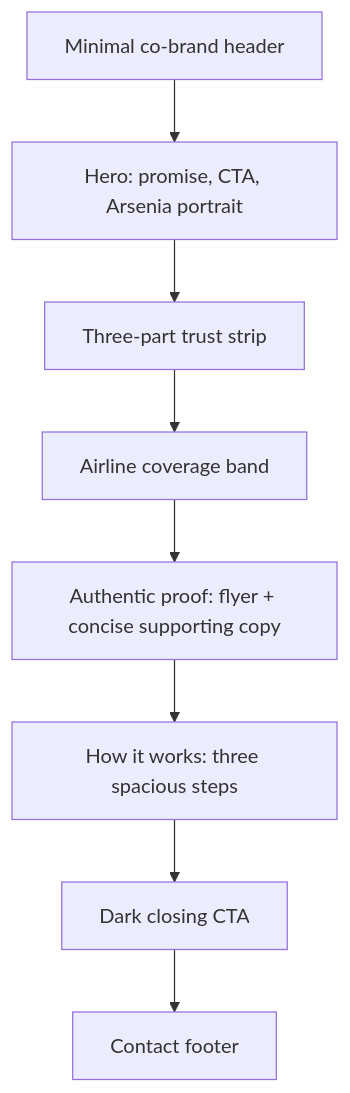
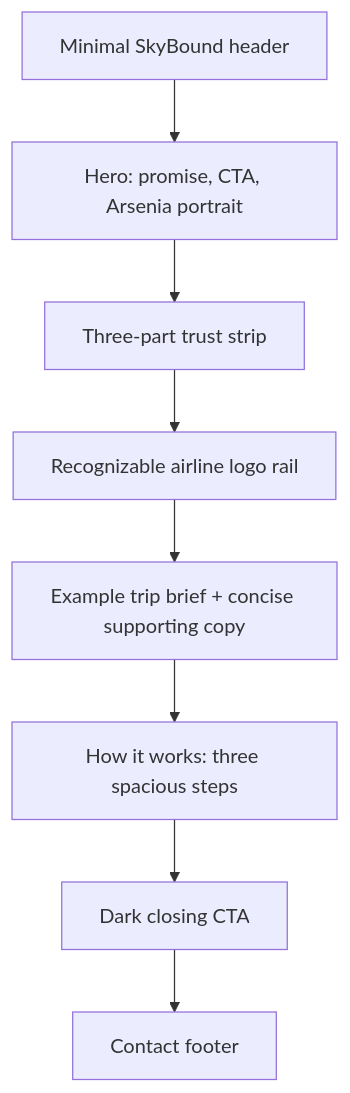
One commit to Zellith/arsenia-balinario-website changed the diagram in docs/superpowers/specs/2026-07-31-editorial-concierge-redesign.md. Above: the diagram before and after it, drawn with Mermaid. The commit also changed other lines of this file and 5 other files, not shown here.

Commit message:
feat: launch SkyBound editorial landing page

````diff
--- a/docs/superpowers/specs/2026-07-31-editorial-concierge-redesign.md
+++ b/docs/superpowers/specs/2026-07-31-editorial-concierge-redesign.md
@@ -27,10 +28,10 @@
 ```mermaid
 flowchart TD
-    A[Minimal co-brand header] --> B[Hero: promise, CTA, Arsenia portrait]
+    A[Minimal SkyBound header] --> B[Hero: promise, CTA, Arsenia portrait]
     B --> C[Three-part trust strip]
-    C --> D[Airline coverage band]
-    D --> E[Authentic proof: flyer + concise supporting copy]
+    C --> D[Recognizable airline logo rail]
+    D --> E[Example trip brief + concise supporting copy]
     E --> F[How it works: three spacious steps]
     F --> G[Dark closing CTA]
     G --> H[Contact footer]
 ```
````
